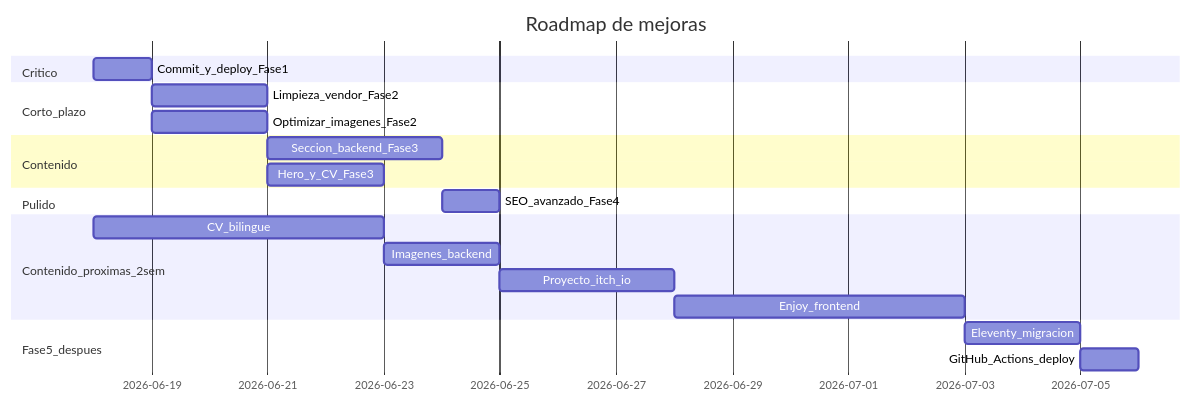
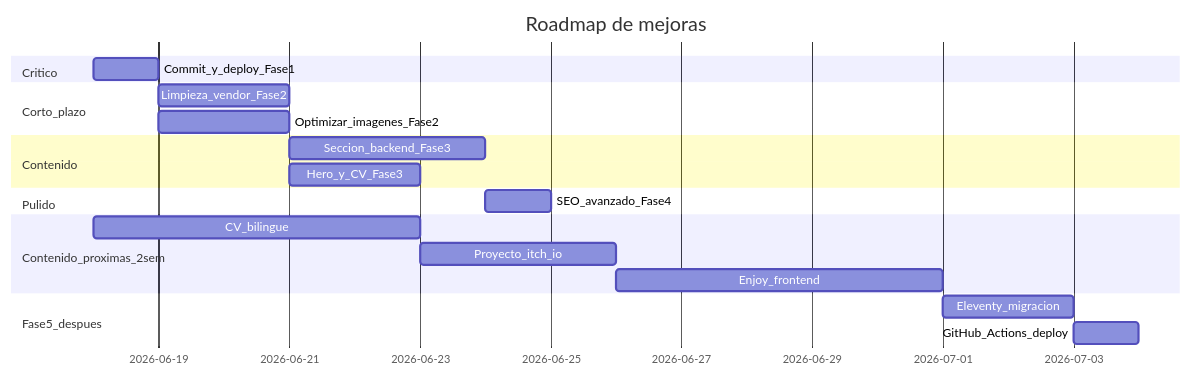
The second of 2 diagrams in docs/plan-mejoras-portafolio.md (vicellobre/Portafolio), drawn with Mermaid before and after one commit. The commit also changed other lines of this file and 3 other files, not shown here.

````diff
--- a/docs/plan-mejoras-portafolio.md
+++ b/docs/plan-mejoras-portafolio.md
@@ -349,23 +364,22 @@
 ```mermaid
 gantt
   title Roadmap de mejoras
   dateFormat YYYY-MM-DD
   section Critico
     Commit_y_deploy_Fase1     :f1, 2026-06-18, 1d
   section Corto_plazo
     Limpieza_vendor_Fase2     :f2, after f1, 2d
     Optimizar_imagenes_Fase2  :f2b, after f1, 2d
   section Contenido
     Seccion_backend_Fase3     :f3, after f2, 3d
     Hero_y_CV_Fase3           :f3b, after f2, 2d
   section Pulido
     SEO_avanzado_Fase4        :f4, after f3, 1d
   section Contenido_proximas_2sem
     CV_bilingue              :c1, 2026-06-18, 5d
-    Imagenes_backend         :c1b, after c1, 2d
-    Proyecto_itch_io         :c2, after c1b, 3d
+    Proyecto_itch_io         :c2, after c1, 3d
     Enjoy_frontend           :c3, after c2, 5d
   section Fase5_despues
     Eleventy_migracion       :f5, after c3, 2d
     GitHub_Actions_deploy    :f5b, after f5, 1d
 ```
````
